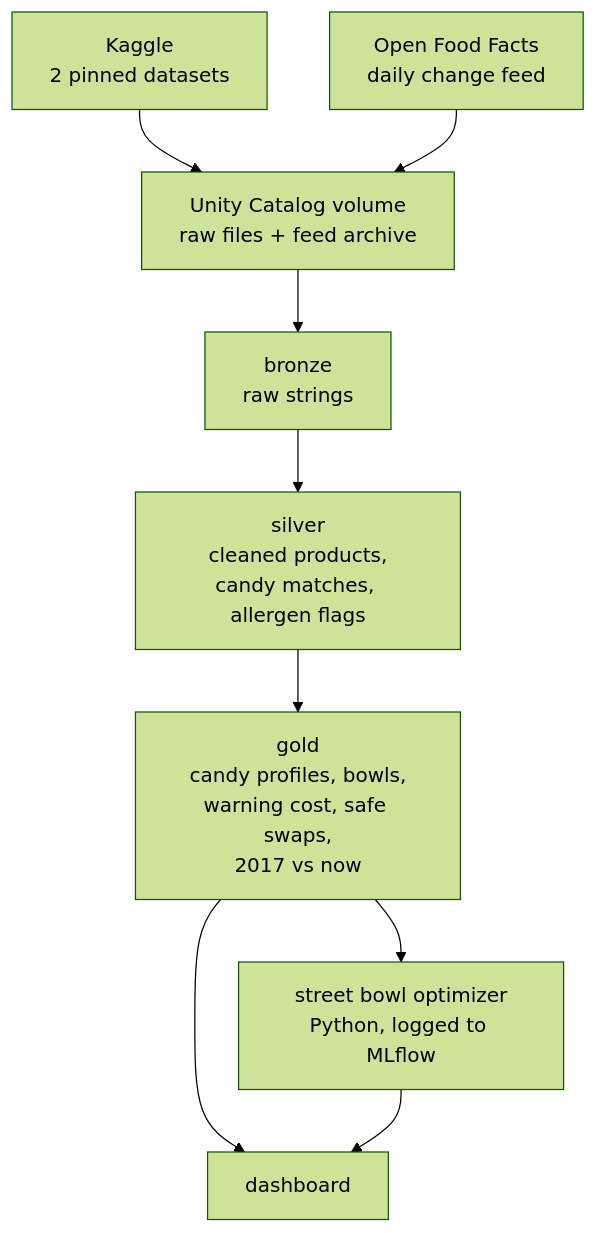
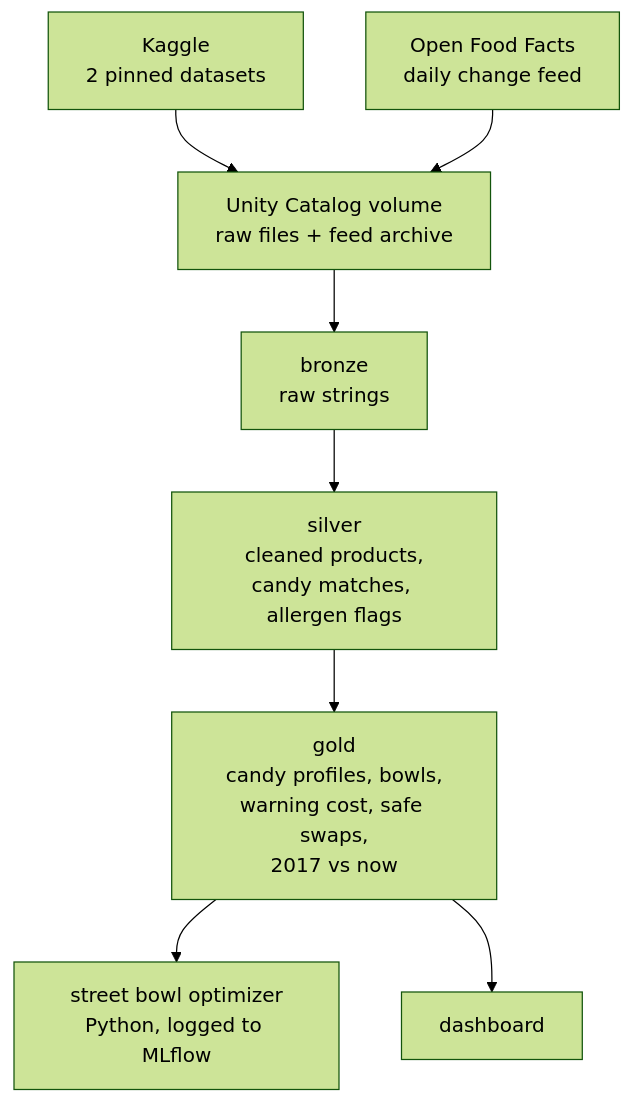
Before and after one commit to kidskoding/portfolio: the diagram in src/content/blog/halloween-candy-food-allergies/index.mdx, drawn with Mermaid (forest theme). The commit also changed other lines of this file, not shown here.

````diff
--- a/src/content/blog/halloween-candy-food-allergies/index.mdx
+++ b/src/content/blog/halloween-candy-food-allergies/index.mdx
@@ -75,11 +75,10 @@
 ```mermaid
 flowchart TD
   K["Kaggle<br/>2 pinned datasets"] --> V["Unity Catalog volume<br/>raw files + feed archive"]
   F["Open Food Facts<br/>daily change feed"] --> V
   V --> B["bronze<br/>raw strings"]
   B --> S["silver<br/>cleaned products,<br/>candy matches, allergen flags"]
   S --> G["gold<br/>candy profiles, bowls,<br/>warning cost, safe swaps,<br/>2017 vs now"]
   G --> O["street bowl optimizer<br/>Python, logged to MLflow"]
   G --> D["dashboard"]
-  O --> D
 ```
````
